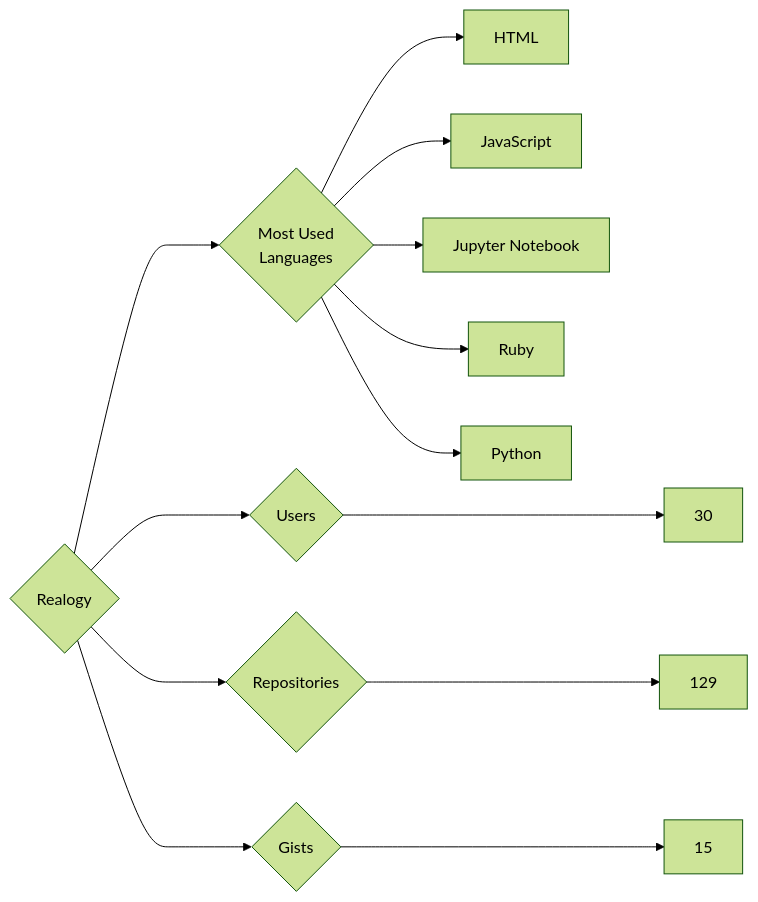
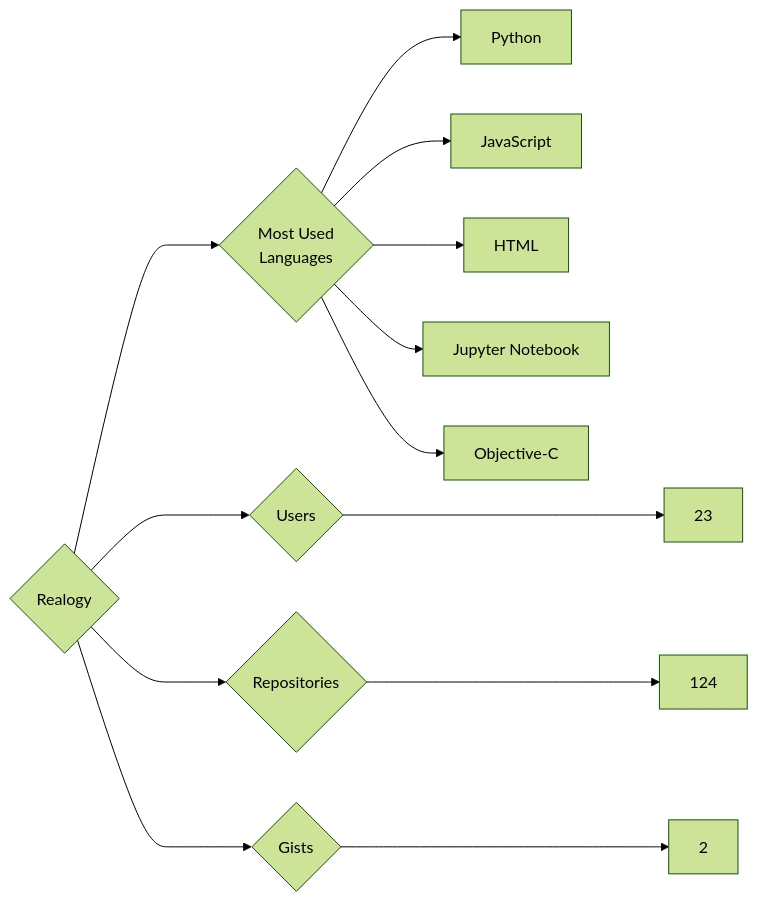
The diagram in targets/Realogy/README.md (trickest/insiders), drawn with Mermaid (forest theme) before and after one commit. The commit also changed 976 other files, not shown here.

````diff
--- a/targets/Realogy/README.md
+++ b/targets/Realogy/README.md
@@ -3,13 +3,13 @@
 ```mermaid
 graph LR
 COMPANY_NAME{Realogy}
-COMPANY_NAME ---> U{Users} ---> UN[30]
-COMPANY_NAME ---> R{Repositories} ---> RN[129]
-COMPANY_NAME ---> G{Gists} ---> GN[15]
+COMPANY_NAME ---> U{Users} ---> UN[23]
+COMPANY_NAME ---> R{Repositories} ---> RN[124]
+COMPANY_NAME ---> G{Gists} ---> GN[2]
 COMPANY_NAME ---> ML{Most Used<br>Languages}
+ML --> Python[Python]
+ML --> JavaScript[JavaScript]
 ML --> HTML[HTML]
-ML --> JavaScript[JavaScript]
 ML --> Jupyter_Notebook[Jupyter Notebook]
-ML --> Ruby[Ruby]
-ML --> Python[Python]
+ML --> Objective-C[Objective-C]
 ```
````
